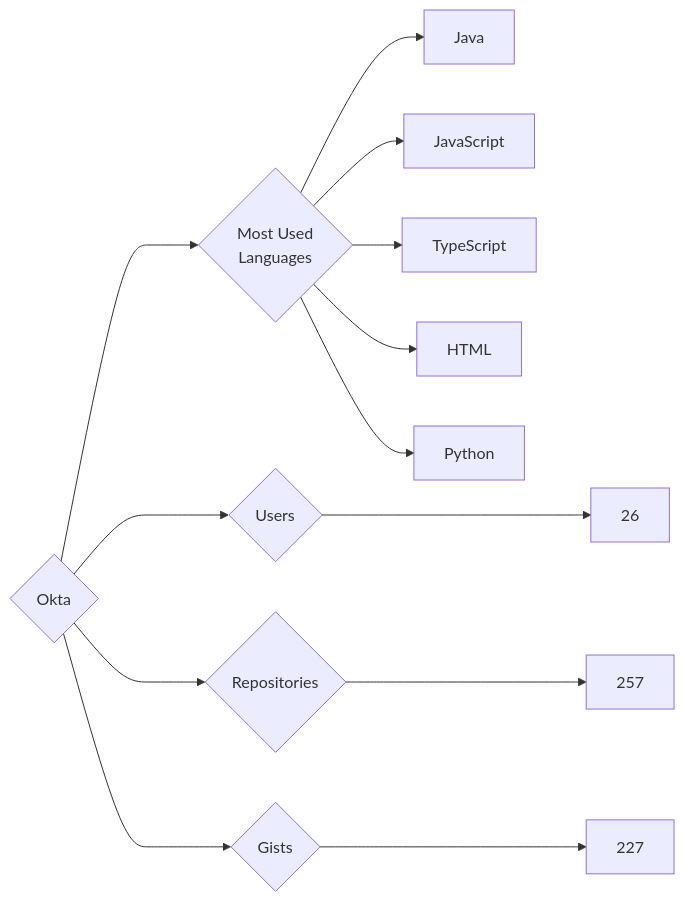
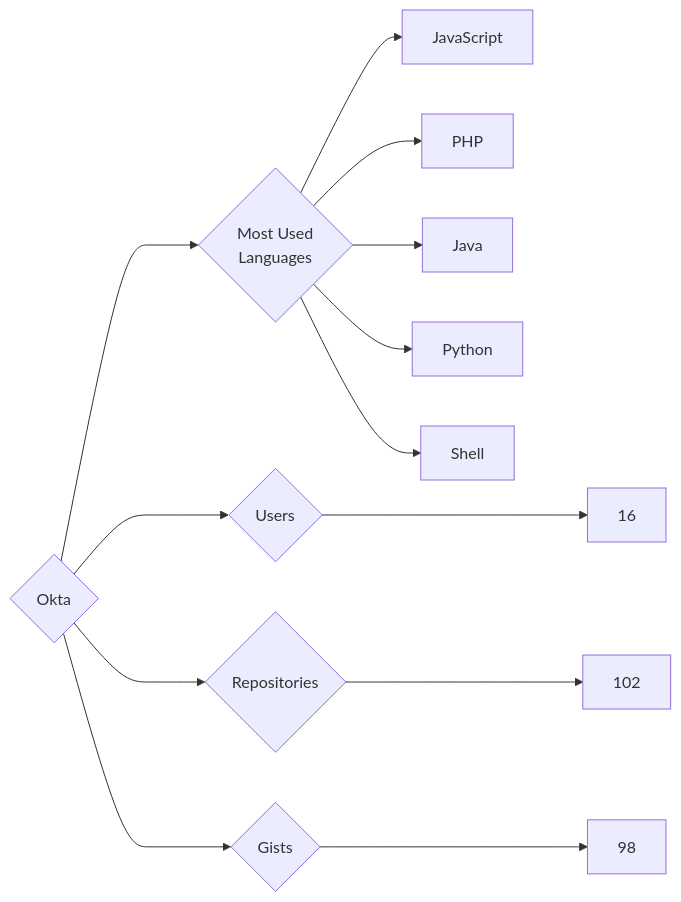
The diagram in targets/Okta/README.md (trickest/insiders), drawn with Mermaid before and after one commit. The commit also changed 886 other files, not shown here.

````diff
--- a/targets/Okta/README.md
+++ b/targets/Okta/README.md
@@ -3,13 +3,13 @@
 ```mermaid
 graph LR
 COMPANY_NAME{Okta}
-COMPANY_NAME ---> U{Users} ---> UN[26]
-COMPANY_NAME ---> R{Repositories} ---> RN[257]
-COMPANY_NAME ---> G{Gists} ---> GN[227]
+COMPANY_NAME ---> U{Users} ---> UN[16]
+COMPANY_NAME ---> R{Repositories} ---> RN[102]
+COMPANY_NAME ---> G{Gists} ---> GN[98]
 COMPANY_NAME ---> ML{Most Used<br>Languages}
+ML --> JavaScript[JavaScript]
+ML --> PHP[PHP]
 ML --> Java[Java]
-ML --> JavaScript[JavaScript]
-ML --> TypeScript[TypeScript]
-ML --> HTML[HTML]
 ML --> Python[Python]
+ML --> Shell[Shell]
 ```
````
